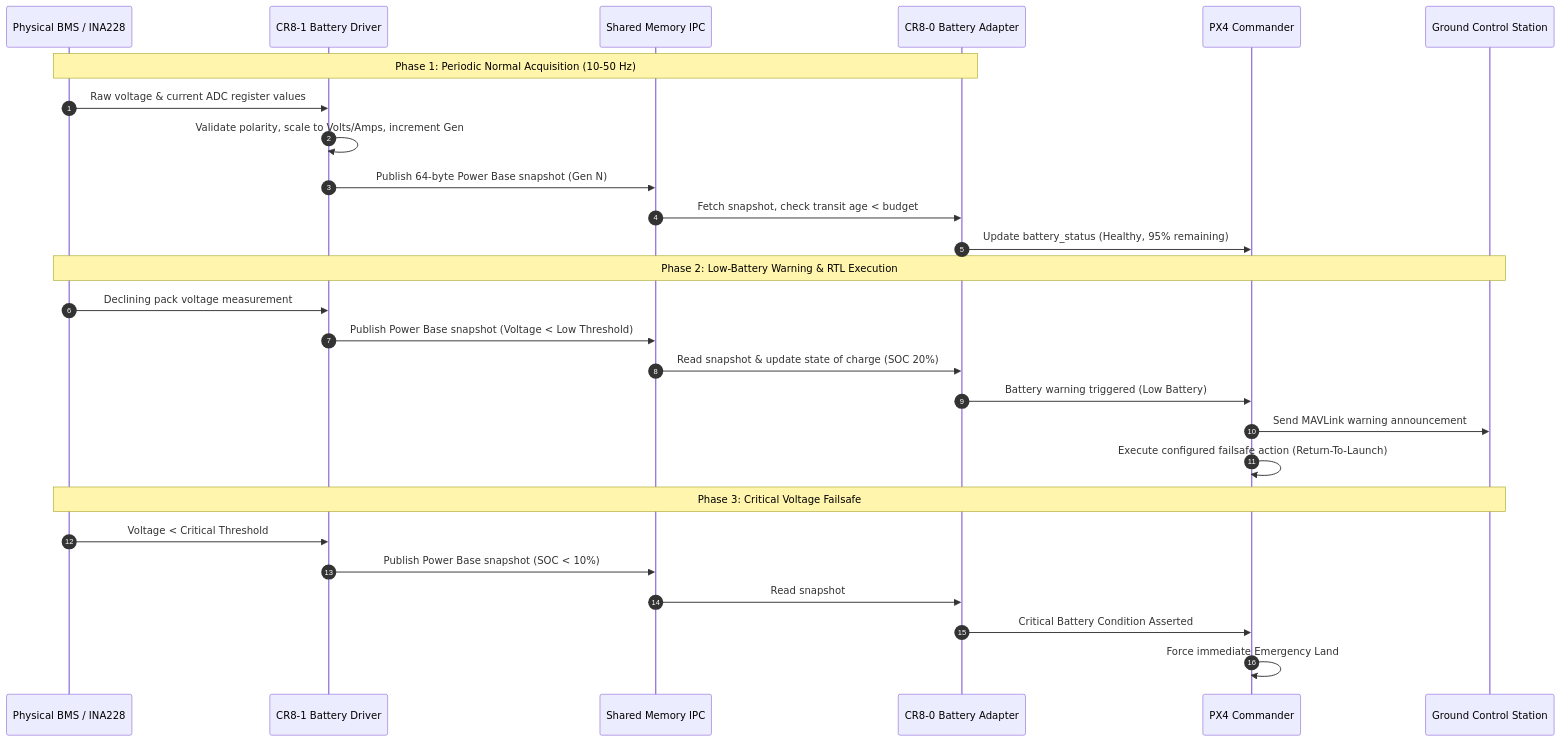
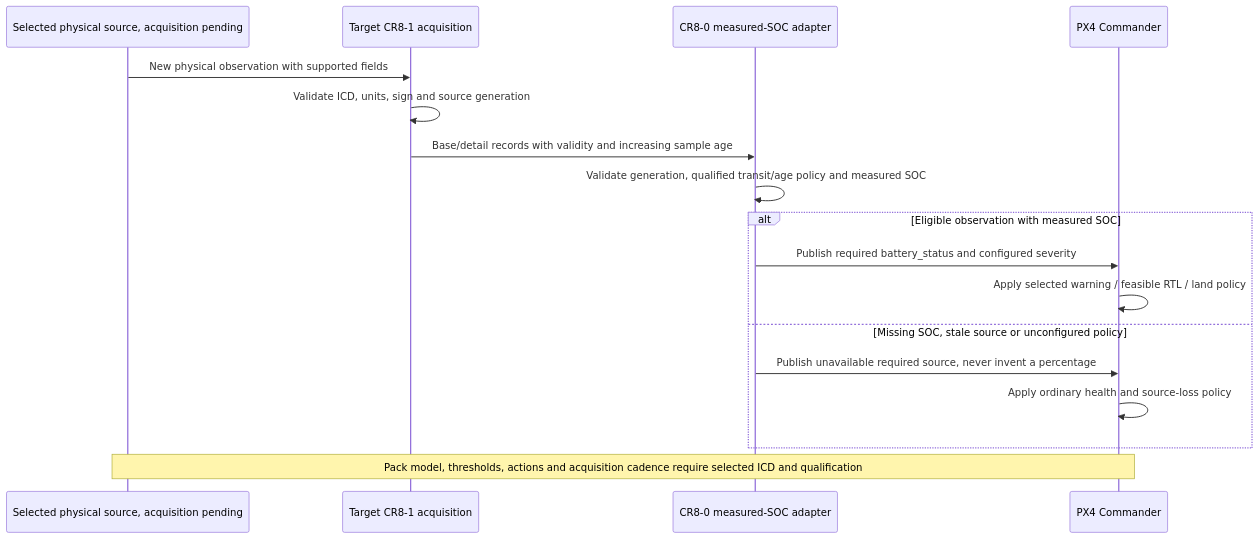
Before and after one commit to nguyentri/PX4-Autopilot: the third of 3 diagrams in docs/renesas/marketing/rzv2h-demo-battery-power-spec.md, drawn with Mermaid. The commit also changed other lines of this file and 14 other files, not shown here.

````diff
--- a/docs/renesas/marketing/rzv2h-demo-battery-power-spec.md
+++ b/docs/renesas/marketing/rzv2h-demo-battery-power-spec.md
@@ -119,32 +89,19 @@
 ```mermaid
 sequenceDiagram
-    autonumber
-    participant BMS as Physical BMS / INA228
-    participant CR8_1 as CR8-1 Battery Driver
-    participant IPC as Shared Memory IPC
-    participant CR8_0 as CR8-0 Battery Adapter
+    participant Source as Selected physical source, acquisition pending
+    participant IO as Target CR8-1 acquisition
+    participant FC as CR8-0 measured-SOC adapter
     participant Cmd as PX4 Commander
-    participant GCS as Ground Control Station
-
-    Note over BMS,CR8_0: Phase 1: Periodic Normal Acquisition (10-50 Hz)
-    BMS->>CR8_1: Raw voltage & current ADC register values
-    CR8_1->>CR8_1: Validate polarity, scale to Volts/Amps, increment Gen
-    CR8_1->>IPC: Publish 64-byte Power Base snapshot (Gen N)
-    IPC->>CR8_0: Fetch snapshot, check transit age < budget
-    CR8_0->>Cmd: Update battery_status (Healthy, 95% remaining)
-
-    Note over BMS,GCS: Phase 2: Low-Battery Warning & RTL Execution
-    BMS->>CR8_1: Declining pack voltage measurement
-    CR8_1->>IPC: Publish Power Base snapshot (Voltage < Low Threshold)
-    IPC->>CR8_0: Read snapshot & update state of charge (SOC 20%)
-    CR8_0->>Cmd: Battery warning triggered (Low Battery)
-    Cmd->>GCS: Send MAVLink warning announcement
-    Cmd->>Cmd: Execute configured failsafe action (Return-To-Launch)
-
-    Note over BMS,GCS: Phase 3: Critical Voltage Failsafe
-    BMS->>CR8_1: Voltage < Critical Threshold
-    CR8_1->>IPC: Publish Power Base snapshot (SOC < 10%)
-    IPC->>CR8_0: Read snapshot
-    CR8_0->>Cmd: Critical Battery Condition Asserted
-    Cmd->>Cmd: Force immediate Emergency Land
+    Source->>IO: New physical observation with supported fields
+    IO->>IO: Validate ICD, units, sign and source generation
+    IO->>FC: Base/detail records with validity and increasing sample age
+    FC->>FC: Validate generation, qualified transit/age policy and measured SOC
+    alt Eligible observation with measured SOC
+        FC->>Cmd: Publish required battery_status and configured severity
+        Cmd->>Cmd: Apply selected warning / feasible RTL / land policy
+    else Missing SOC, stale source or unconfigured policy
+        FC->>Cmd: Publish unavailable required source, never invent a percentage
+        Cmd->>Cmd: Apply ordinary health and source-loss policy
+    end
+    Note over Source,Cmd: Pack model, thresholds, actions and acquisition cadence require selected ICD and qualification
 ```
````
